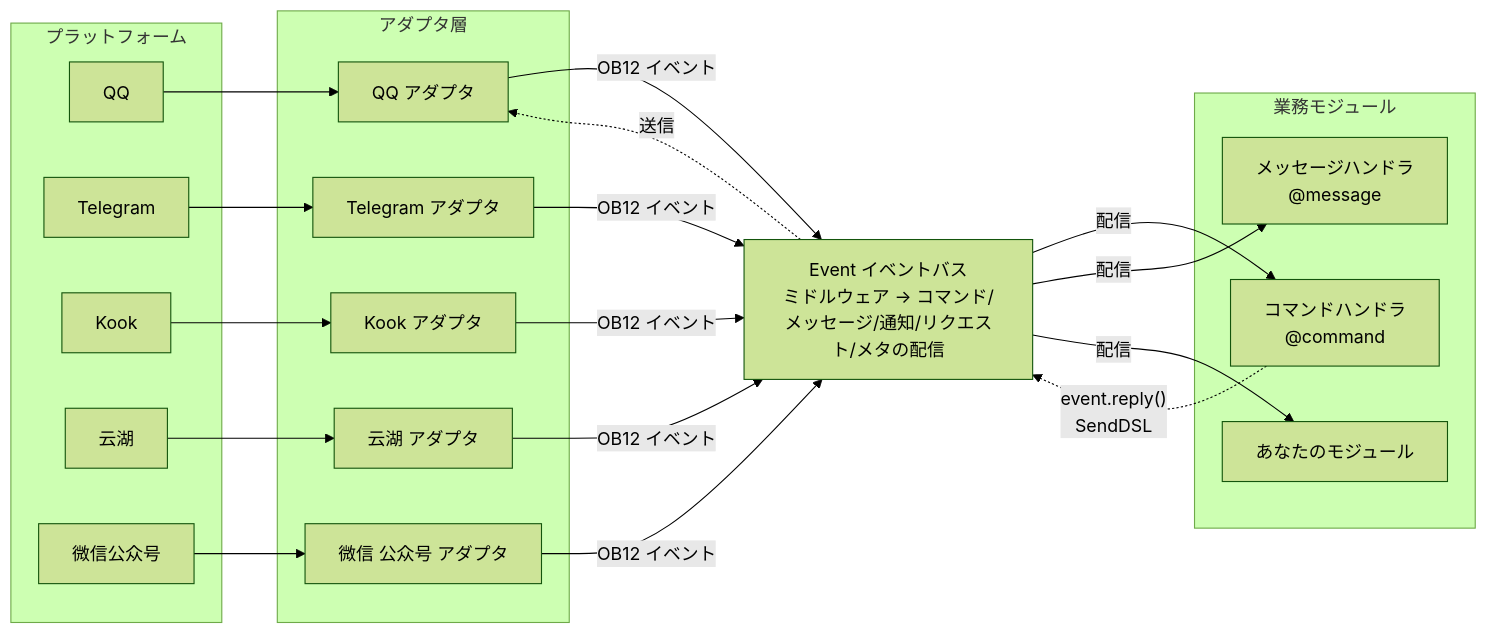
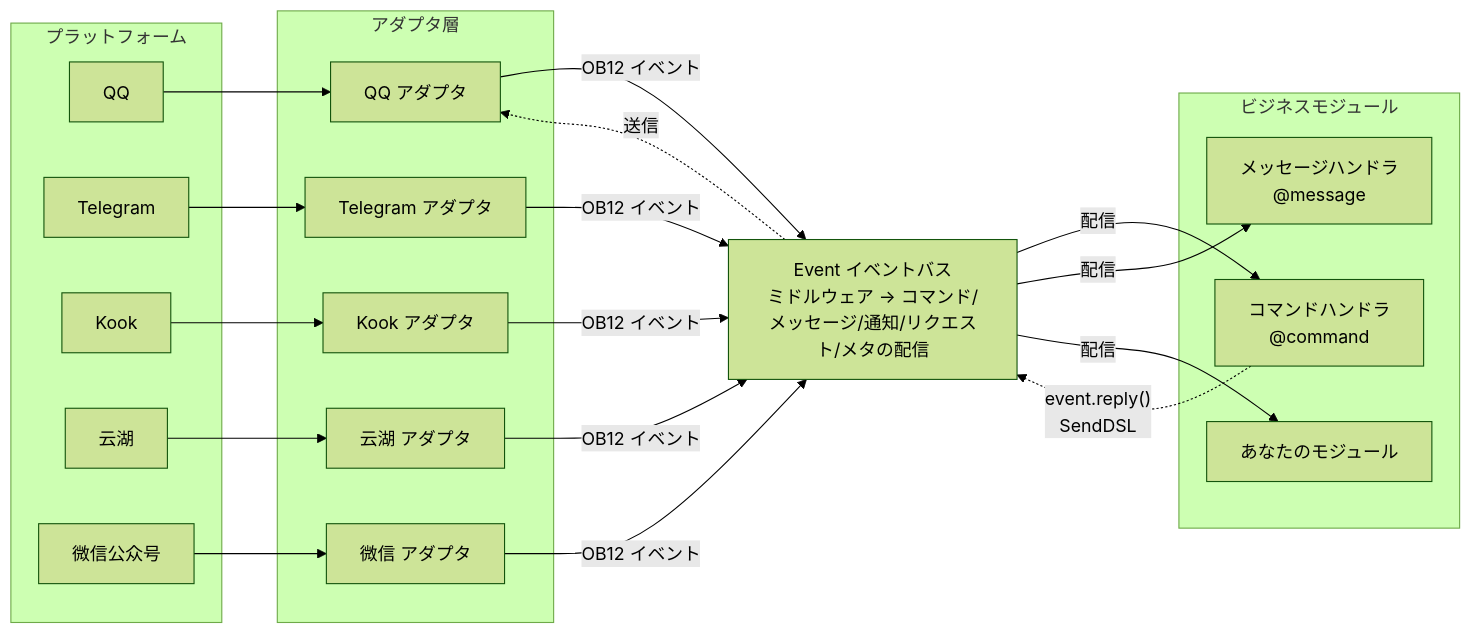
Before and after one commit to ErisPulse/ErisPulse: the first of 2 diagrams in README.ja.md, drawn with Mermaid (forest theme). The commit also changed other lines of this file and 7 other files, not shown here.

````diff
--- a/README.ja.md
+++ b/README.ja.md
@@ -111,45 +111,45 @@
 ```mermaid
 graph LR
     subgraph Platforms[プラットフォーム]
         QQ["QQ"]
         TG["Telegram"]
         Kook["Kook"]
         YH["云湖"]
         WX["微信公众号"]
     end
 
     subgraph Adapters[アダプタ層]
         A1["QQ アダプタ"]
         A2["Telegram アダプタ"]
         A3["Kook アダプタ"]
         A4["云湖 アダプタ"]
-        A5["微信 公众号 アダプタ"]
+        A5["微信 アダプタ"]
     end
 
     Event["Event イベントバス<br/>ミドルウェア → コマンド/メッセージ/通知/リクエスト/メタの配信"]
 
-    subgraph Modules[業務モジュール]
+    subgraph Modules[ビジネスモジュール]
         M1["コマンドハンドラ<br/>@command"]
         M2["メッセージハンドラ<br/>@message"]
         M3["あなたのモジュール"]
     end
 
     QQ --> A1
     TG --> A2
     Kook --> A3
     YH --> A4
     WX --> A5
 
     A1 -->|"OB12 イベント"| Event
     A2 -->|"OB12 イベント"| Event
     A3 -->|"OB12 イベント"| Event
     A4 -->|"OB12 イベント"| Event
     A5 -->|"OB12 イベント"| Event
 
     Event -->|"配信"| M1
     Event -->|"配信"| M2
     Event -->|"配信"| M3
 
     M1 -.->|"event.reply()<br/>SendDSL"| Event
     Event -.->|"送信"| A1
 ```
````
